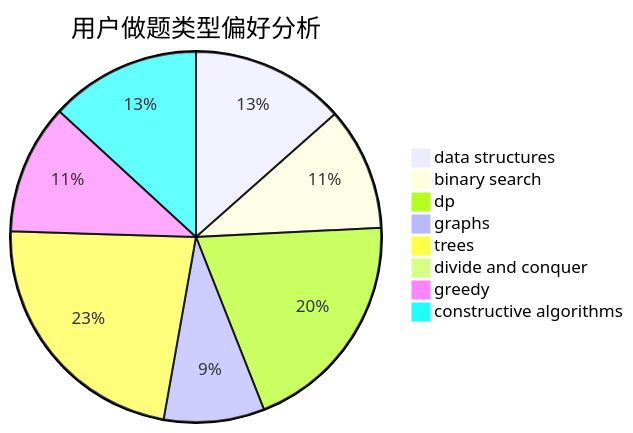
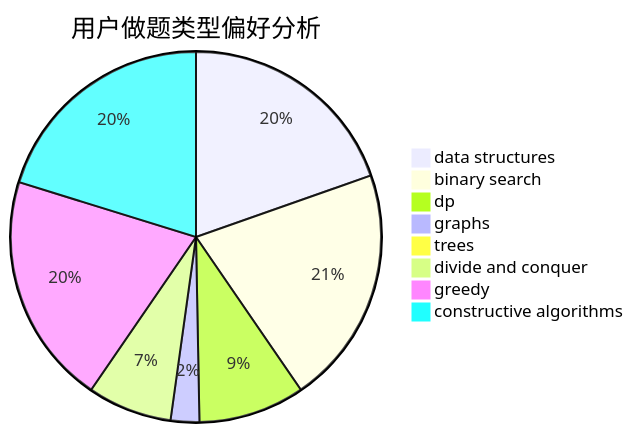
The second of 3 diagrams in docs/user/u1013.md (sherpahu/cfrs.github.io), drawn with Mermaid before and after one commit. The commit also changed other lines of this file and 2770 other files, not shown here.

````diff
--- a/docs/user/u1013.md
+++ b/docs/user/u1013.md
@@ -23,11 +23,11 @@
 ```mermaid
 pie title 用户做题类型偏好分析
-    "data structures" :  89
-    "binary search" :  71
-    "dp" :  131
-    "graphs" :  58
-    "trees" :  150
-    "divide and conquer" :  0
-    "greedy" :  75
-    "constructive algorithms" :  87
+    "data structures" :  165
+    "binary search" :  175
+    "dp" :  78
+    "graphs" :  21
+    "trees" :  0
+    "divide and conquer" :  62
+    "greedy" :  170
+    "constructive algorithms" :  170
 ```
````
